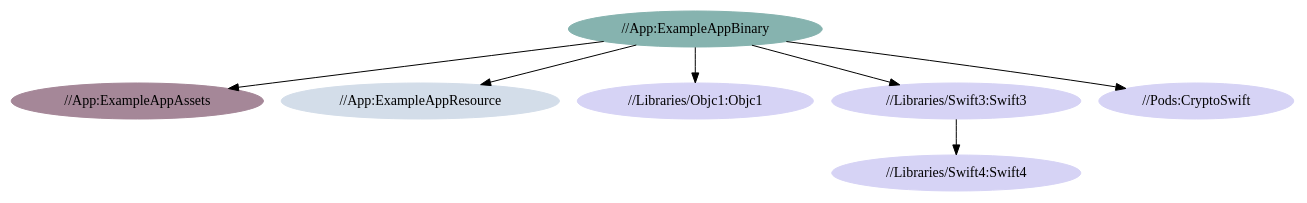
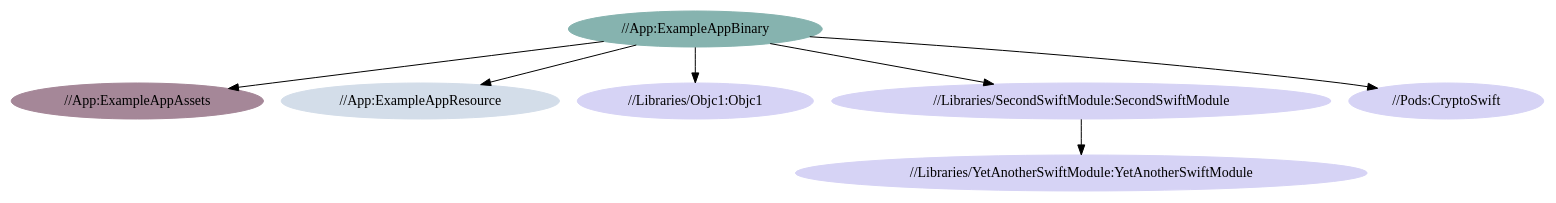
Before and after one commit to airbnb/BuckSample: the diagram in Docs/Dependencies.dot, drawn with Graphviz. The commit also changed 21 other files, not shown here.

```diff
--- a/Docs/Dependencies.dot
+++ b/Docs/Dependencies.dot
@@ -1,15 +1,15 @@
 digraph result_graph {
   "//App:ExampleAppAssets" [style=filled,color="#A58798"];
   "//App:ExampleAppBinary" -> "//App:ExampleAppAssets";
   "//App:ExampleAppBinary" -> "//App:ExampleAppResource";
   "//App:ExampleAppBinary" -> "//Libraries/Objc1:Objc1";
-  "//App:ExampleAppBinary" -> "//Libraries/Swift3:Swift3";
+  "//App:ExampleAppBinary" -> "//Libraries/SecondSwiftModule:SecondSwiftModule";
   "//App:ExampleAppBinary" -> "//Pods:CryptoSwift";
   "//App:ExampleAppBinary" [style=filled,color="#86B3AF"];
   "//App:ExampleAppResource" [style=filled,color="#D3DDE9"];
   "//Libraries/Objc1:Objc1" [style=filled,color="#D6D3F5"];
-  "//Libraries/Swift3:Swift3" -> "//Libraries/Swift4:Swift4";
-  "//Libraries/Swift3:Swift3" [style=filled,color="#D6D3F5"];
-  "//Libraries/Swift4:Swift4" [style=filled,color="#D6D3F5"];
+  "//Libraries/SecondSwiftModule:SecondSwiftModule" -> "//Libraries/YetAnotherSwiftModule:YetAnotherSwiftModule";
+  "//Libraries/SecondSwiftModule:SecondSwiftModule" [style=filled,color="#D6D3F5"];
+  "//Libraries/YetAnotherSwiftModule:YetAnotherSwiftModule" [style=filled,color="#D6D3F5"];
   "//Pods:CryptoSwift" [style=filled,color="#D6D3F5"];
 }
```
